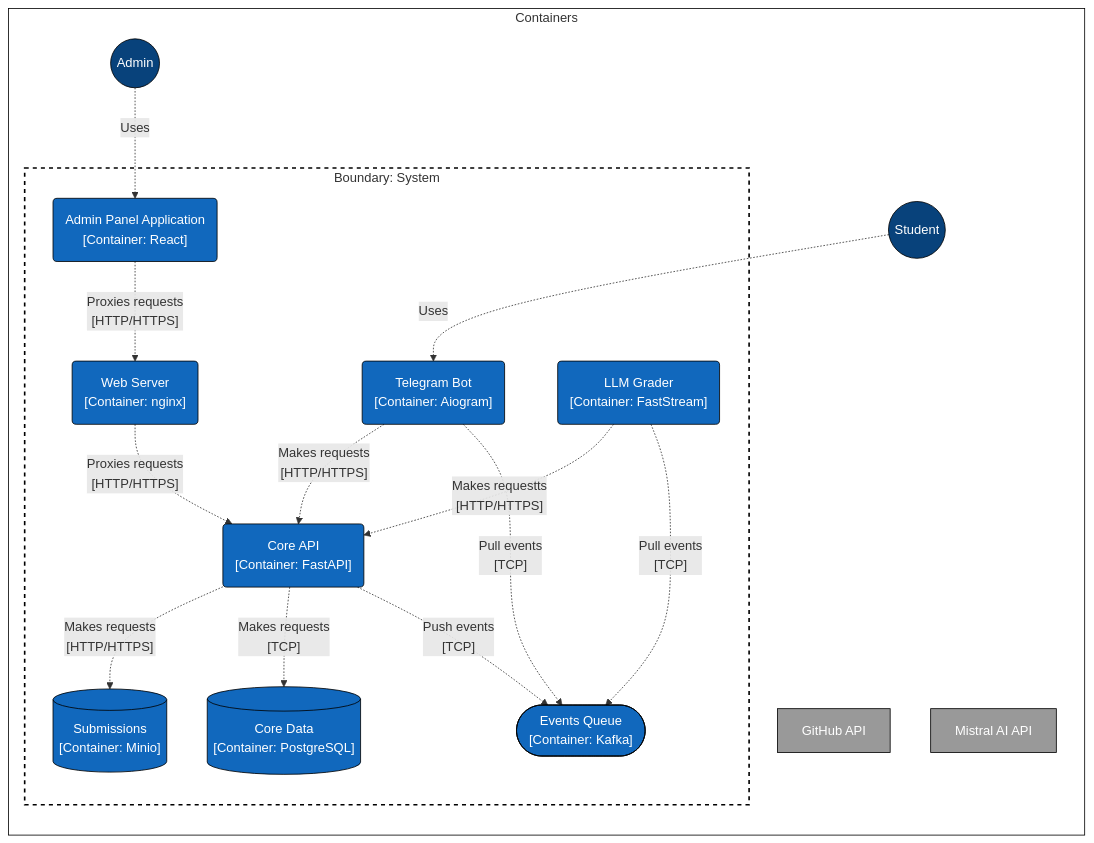
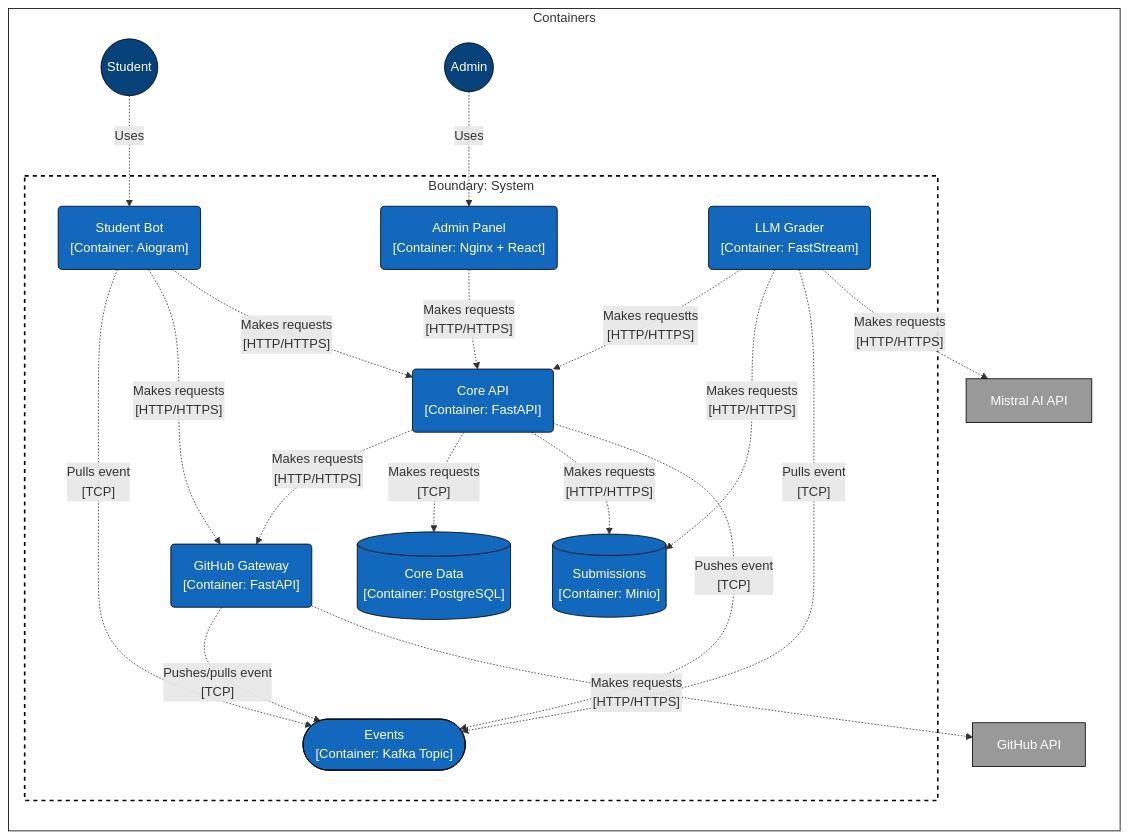
The diagram in README.md (LLM-Grading-System/Platform), drawn with Mermaid before and after one commit.

Commit message:
update diagram

````diff
--- a/README.md
+++ b/README.md
@@ -5,50 +5,58 @@
 ```mermaid
 graph LR
     %% C4 style classes c4model.com %%
     classDef person fill:#08427b,stroke:black,color:white;
     classDef container fill:#1168bd,stroke:black,color:white;
     classDef database fill:#1168bd,stroke:black,color:white;
     classDef software fill:#1168bd,stroke:black,color:white;
     classDef existing fill:#999999,stroke:black,color:white;
     classDef boundary fill:white,stroke:black,stroke-width:2px,stroke-dasharray: 5 5;
     classDef frame fill:white,stroke:black;
 
 
     %% nodes %%
     GitHub["GitHub API"]:::existing
     Mistral["Mistral AI API"]:::existing
     Admin((Admin)):::person
     Student((Student)):::person
-    WebApp("Admin Panel Application <br>[Container: React]"):::container
-    WebServer("Web Server <br>[Container: nginx]"):::container
+    WebApp("Admin Panel <br>[Container: Nginx + React]"):::container
     CoreAPI("Core API <br>[Container: FastAPI]"):::container
     Worker("LLM Grader <br>[Container: FastStream]"):::container
+    GitHubGateway("GitHub Gateway <br>[Container: FastAPI]"):::container
     CoreDB[("Core Data <br>[Container: PostgreSQL]")]:::database
     S3[("Submissions <br>[Container: Minio]")]:::database
-    EventsQueue(["Events Queue <br>[Container: Kafka]"]):::container
-    TGBot("Telegram Bot <br>[Container: Aiogram]"):::container
+    Events(["Events <br>[Container: Kafka Topic]"]):::container
+    TGBot("Student Bot <br>[Container: Aiogram]"):::container
 
     %% connections and boundaries %%
     
     subgraph Legend [Containers]
         Student-.->|Uses| TGBot
         Admin-.->|Uses| WebApp
         
-        
         subgraph Boundary["Boundary: System"]
-            WebApp-.->|"Proxies requests <br> [HTTP/HTTPS]"| WebServer
-            WebServer-.->|"Proxies requests <br> [HTTP/HTTPS]"| CoreAPI
+            WebApp-.->|"Makes requests <br> [HTTP/HTTPS]"| CoreAPI
+            CoreAPI-.->|"Makes requests  <br> [HTTP/HTTPS]"| GitHubGateway
+            CoreAPI-.->|"Makes requests  <br> [TCP]"| CoreDB
+            CoreAPI-.->|"Makes requests <br> [HTTP/HTTPS]"| S3
+
+            Worker-.->|"Makes requestts <br> [HTTP/HTTPS]"| CoreAPI
+            Worker-.->|"Makes requests <br> [HTTP/HTTPS]"| S3
+
+            CoreAPI-.->|"Pushes event  <br> [TCP]"| Events
+            TGBot-.->|"Pulls event <br> [TCP]"| Events
+            Worker-.->|"Pulls event <br> [TCP]"| Events
+            GitHubGateway-.->|"Pushes/pulls event <br> [TCP]"| Events
+
+            
+            TGBot-.->|"Makes requests <br> [HTTP/HTTPS]"| GitHubGateway
             TGBot-.->|"Makes requests <br> [HTTP/HTTPS]"| CoreAPI
-            CoreAPI-.->|"Makes requests <br> [HTTP/HTTPS]"| S3
-            CoreAPI-.->|"Makes requests  <br> [TCP]"| CoreDB
-            CoreAPI-.->|"Push events <br> [TCP]"| EventsQueue
-            Worker-.->|"Makes requestts <br> [HTTP/HTTPS]"| CoreAPI
-            Worker-.->|"Pull events <br> [TCP]"| EventsQueue
-            TGBot-.->|"Pull events <br> [TCP]"| EventsQueue
+
         end
         class Boundary boundary
-        GitHub
-        Mistral
+        
+        GitHubGateway-.->|"Makes requests <br> [HTTP/HTTPS]"| GitHub
+        Worker-.->|"Makes requests <br> [HTTP/HTTPS]"| Mistral
     end
     class Legend frame
 ```
````
